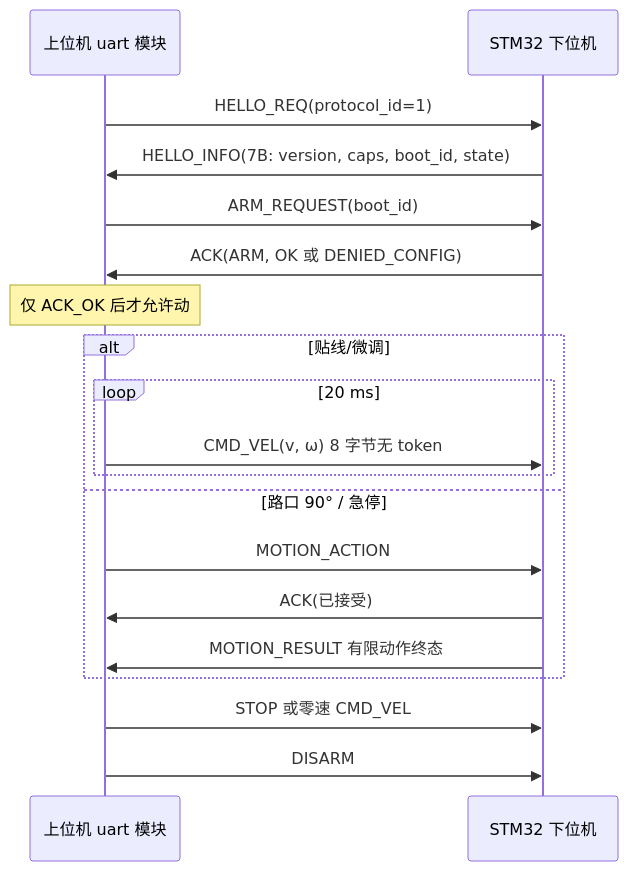
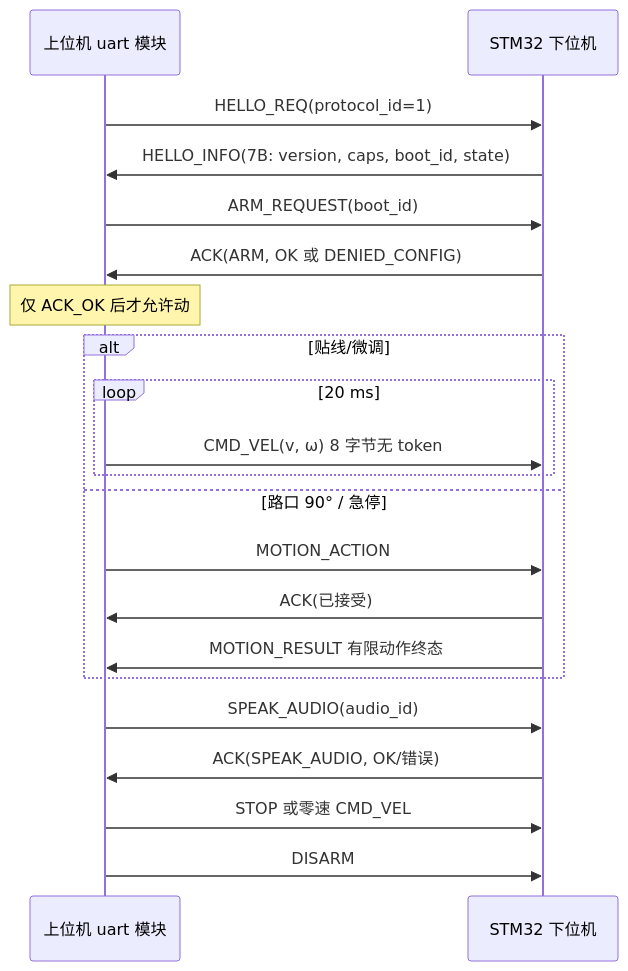
The diagram in docs/api/uart.md (Louis-24000614/pi_upper), drawn with Mermaid before and after one commit. The commit also changed other lines of this file and 10 other files, not shown here.

````diff
--- a/docs/api/uart.md
+++ b/docs/api/uart.md
@@ -50,21 +50,23 @@
 ```mermaid
 sequenceDiagram
   participant U as 上位机 uart 模块
   participant M as STM32 下位机
   U->>M: HELLO_REQ(protocol_id=1)
   M->>U: HELLO_INFO(7B: version, caps, boot_id, state)
   U->>M: ARM_REQUEST(boot_id)
   M->>U: ACK(ARM, OK 或 DENIED_CONFIG)
   Note over U: 仅 ACK_OK 后才允许动
   alt 贴线/微调
     loop 20 ms
       U->>M: CMD_VEL(v, ω) 8 字节无 token
     end
   else 路口 90° / 急停
     U->>M: MOTION_ACTION
     M->>U: ACK(已接受)
     M->>U: MOTION_RESULT 有限动作终态
   end
+  U->>M: SPEAK_AUDIO(audio_id)
+  M->>U: ACK(SPEAK_AUDIO, OK/错误)
   U->>M: STOP 或零速 CMD_VEL
   U->>M: DISARM
 ```
````
